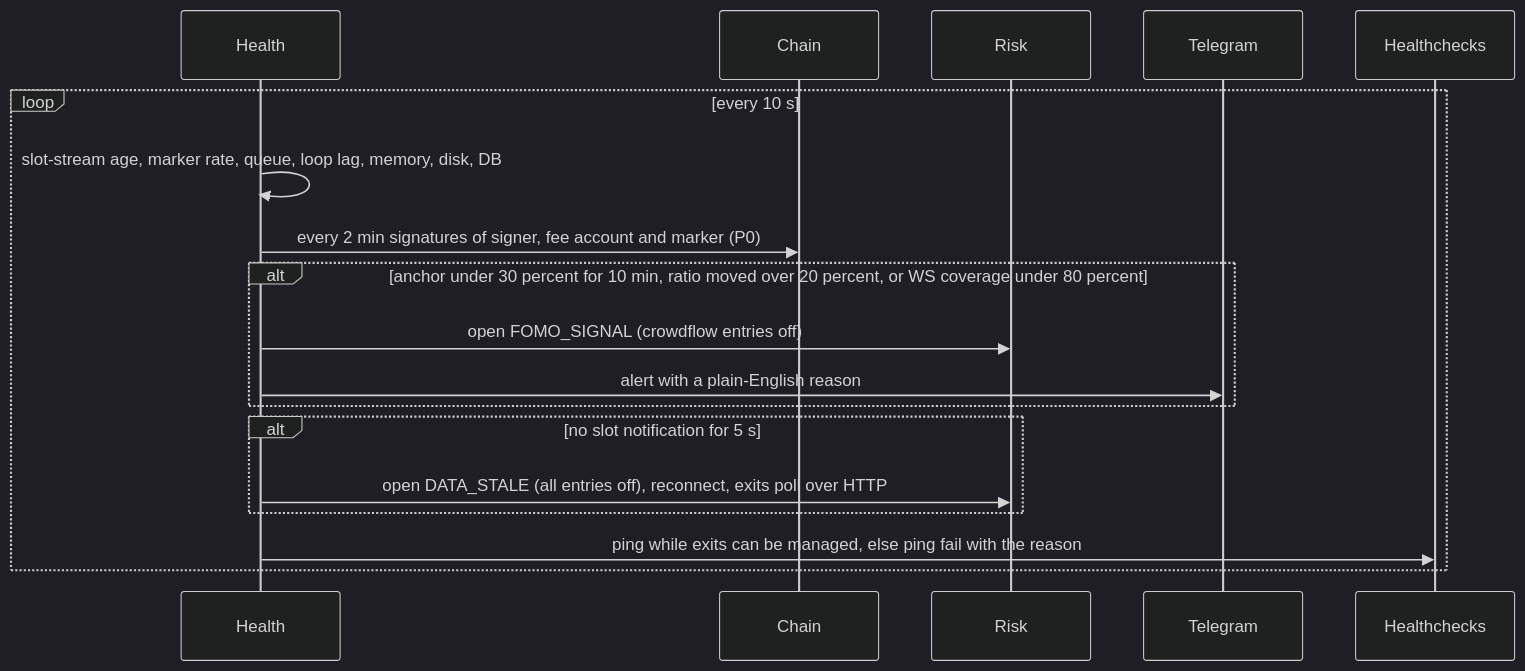
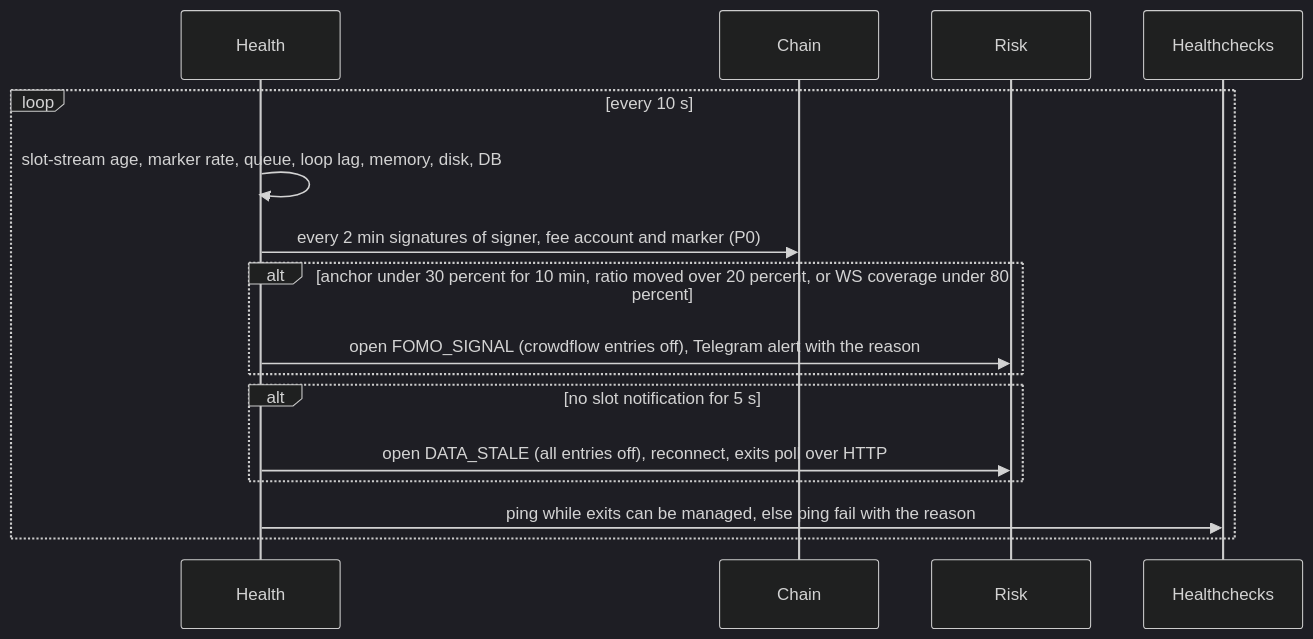
One commit to pishtarhsamuel/samsulek changed the third of 6 diagrams in fomo-bot/docs/ARCHITECTURE.md. Above: the diagram before and after it, drawn with Mermaid (dark theme). The commit also changed other lines of this file and 3 other files, not shown here.

````diff
--- a/fomo-bot/docs/ARCHITECTURE.md
+++ b/fomo-bot/docs/ARCHITECTURE.md
@@ -195,15 +230,14 @@
 ```mermaid
 sequenceDiagram
   loop every 10 s
     Health->>Health: slot-stream age, marker rate, queue, loop lag, memory, disk, DB
     Health->>Chain: every 2 min signatures of signer, fee account and marker (P0)
     alt anchor under 30 percent for 10 min, ratio moved over 20 percent, or WS coverage under 80 percent
-      Health->>Risk: open FOMO_SIGNAL (crowdflow entries off)
-      Health->>Telegram: alert with a plain-English reason
+      Health->>Risk: open FOMO_SIGNAL (crowdflow entries off), Telegram alert with the reason
     end
     alt no slot notification for 5 s
       Health->>Risk: open DATA_STALE (all entries off), reconnect, exits poll over HTTP
     end
     Health->>Healthchecks: ping while exits can be managed, else ping fail with the reason
   end
 ```
````
